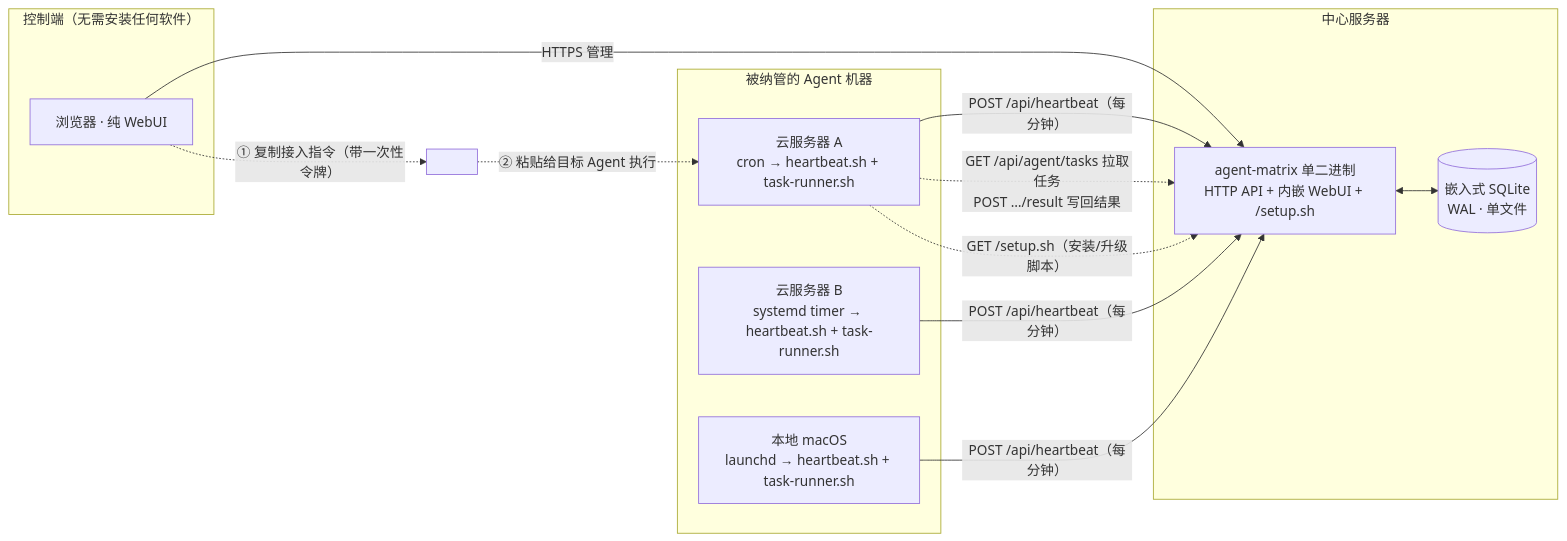
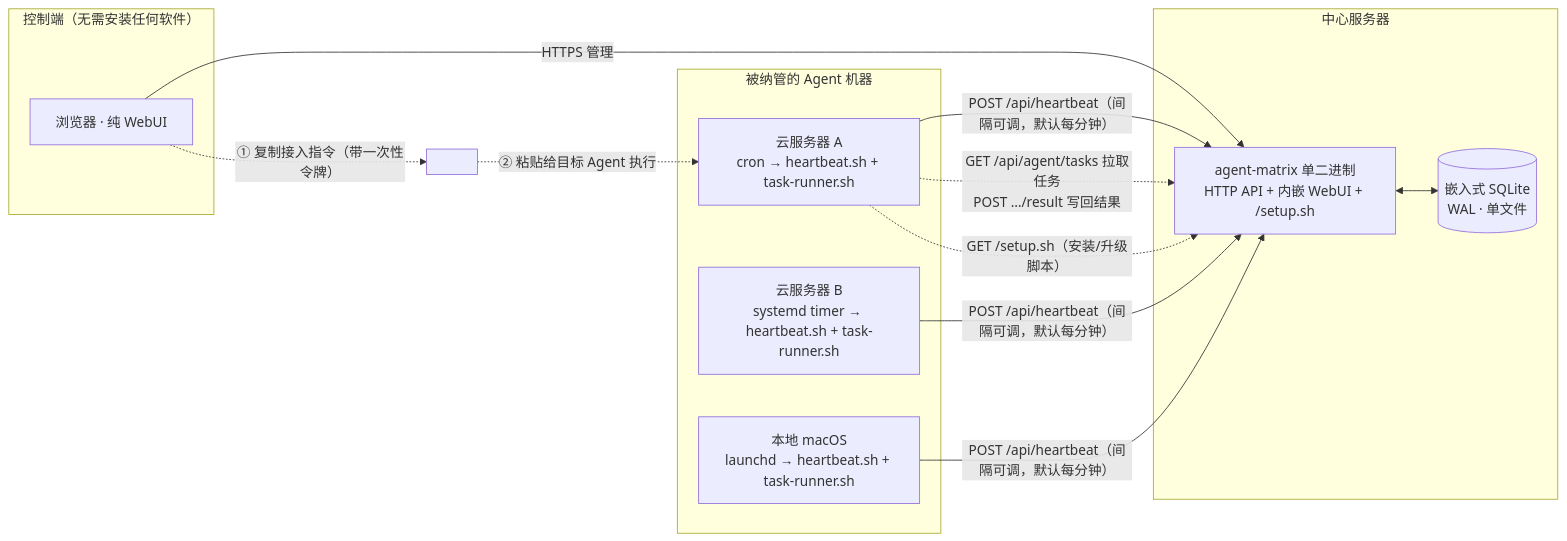
Before and after one commit to HankGuo/agent-matrix: the first of 5 diagrams in README.md, drawn with Mermaid. The commit also changed other lines of this file and 10 other files, not shown here.

````diff
--- a/README.md
+++ b/README.md
@@ -59,27 +59,27 @@
 ```mermaid
 flowchart LR
     subgraph 控制端["控制端（无需安装任何软件）"]
         B["浏览器 · 纯 WebUI"]
     end
 
     subgraph 中心服务器
         S["agent-matrix 单二进制<br/>HTTP API + 内嵌 WebUI + /setup.sh"]
         DB[("嵌入式 SQLite<br/>WAL · 单文件")]
         S <--> DB
     end
 
     subgraph 被纳管的 Agent 机器
         G1["云服务器 A<br/>cron → heartbeat.sh + task-runner.sh"]
         G2["云服务器 B<br/>systemd timer → heartbeat.sh + task-runner.sh"]
         G3["本地 macOS<br/>launchd → heartbeat.sh + task-runner.sh"]
     end
 
     B -->|"HTTPS 管理"| S
-    G1 -->|"POST /api/heartbeat（每分钟）"| S
-    G2 -->|"POST /api/heartbeat（每分钟）"| S
-    G3 -->|"POST /api/heartbeat（每分钟）"| S
+    G1 -->|"POST /api/heartbeat（间隔可调，默认每分钟）"| S
+    G2 -->|"POST /api/heartbeat（间隔可调，默认每分钟）"| S
+    G3 -->|"POST /api/heartbeat（间隔可调，默认每分钟）"| S
     G1 -.->|"GET /api/agent/tasks 拉取任务<br/>POST …/result 写回结果"| S
     G1 -.->|"GET /setup.sh（安装/升级脚本）"| S
     B -.->|"① 复制接入指令（带一次性令牌）"| P[" "]
     P -.->|"② 粘贴给目标 Agent 执行"| G1
 ```
````
